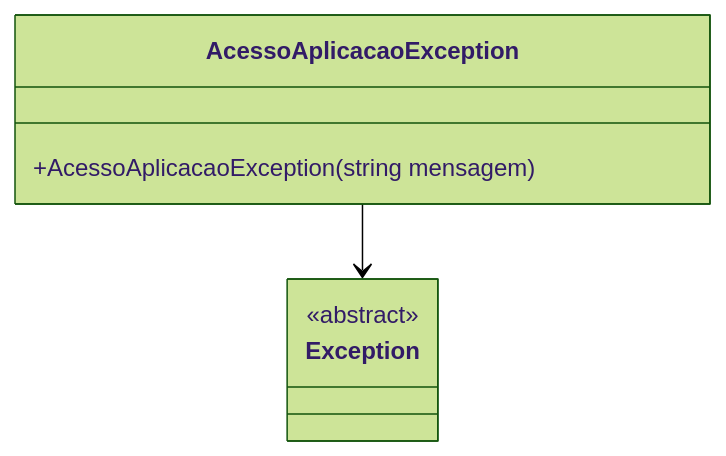
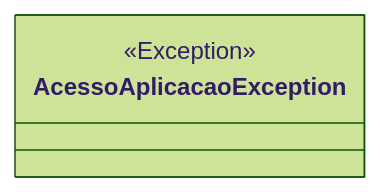
The diagram in docs/b2b-dominio/IsthmusWinthor.Nucleo/IsthmusWinthor.Dominio/Exceptions/AcessoAplicacaoException.md (IsthmusSistemas/documentacao-tecnica), drawn with Mermaid (forest theme) before and after one commit. The commit also changed other lines of this file and 882 other files, not shown here.

````diff
--- a/docs/b2b-dominio/IsthmusWinthor.Nucleo/IsthmusWinthor.Dominio/Exceptions/AcessoAplicacaoException.md
+++ b/docs/b2b-dominio/IsthmusWinthor.Nucleo/IsthmusWinthor.Dominio/Exceptions/AcessoAplicacaoException.md
@@ -27,10 +26,6 @@
 ```mermaid
 classDiagram
     class AcessoAplicacaoException {
-      +AcessoAplicacaoException(string mensagem)
+        <<Exception>>
     }
-    class Exception {
-      <<abstract>>
-    }
-    AcessoAplicacaoException --> Exception
-``` 
+```
````
